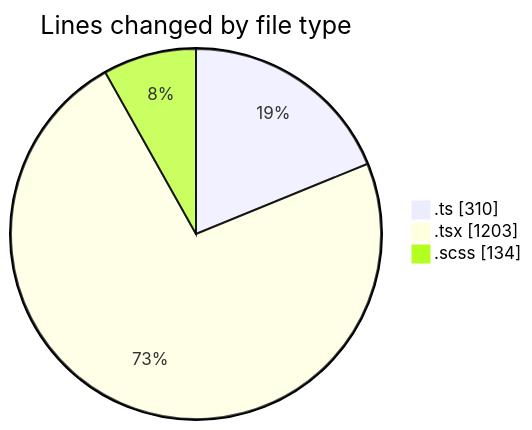
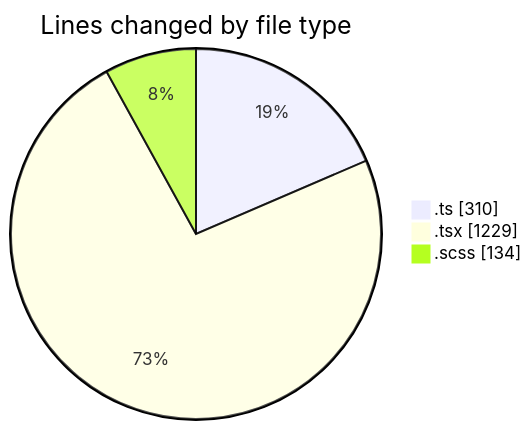
One commit to momahboobian/code-tracking changed the first of 2 diagrams in 2026-09-09/cda/README.md. Above: the diagram before and after it, drawn with Mermaid. The commit also changed other lines of this file and 1 other file, not shown here.

````diff
--- a/2026-09-09/cda/README.md
+++ b/2026-09-09/cda/README.md
@@ -34,7 +34,7 @@
 ```mermaid
 pie showData
 title Lines changed by file type
 ".ts" : 310
-".tsx" : 1203
+".tsx" : 1229
 ".scss" : 134
 ```
````
